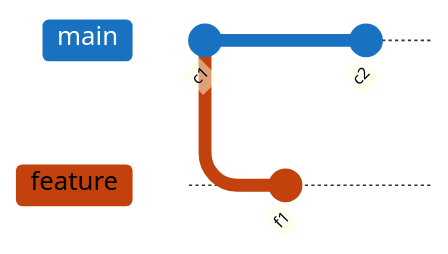
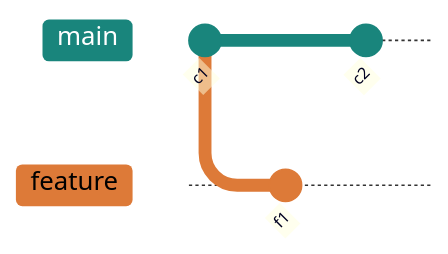
Before and after one commit to rehmanhaseeb2345-bit/Git: the diagram in 06-branches/README.md, drawn with Mermaid. The commit also changed other lines of this file and 32 other files, not shown here.

First line of the commit message:
Restyle the whole repo: lighter personal notes + redrawn diagrams

````diff
--- a/06-branches/README.md
+++ b/06-branches/README.md
@@ -37,10 +25,10 @@
 ```mermaid
-%%{init: {'themeVariables': {'git0':'#1971c2','git1':'#c2410c'}}}%%
+%%{init: {'themeVariables': {'git0':'#19857C','git1':'#DD7A38'}}}%%
 gitGraph
   commit id: "c1"
   branch feature
   checkout feature
   commit id: "f1"
   checkout main
   commit id: "c2"
 ```
````
